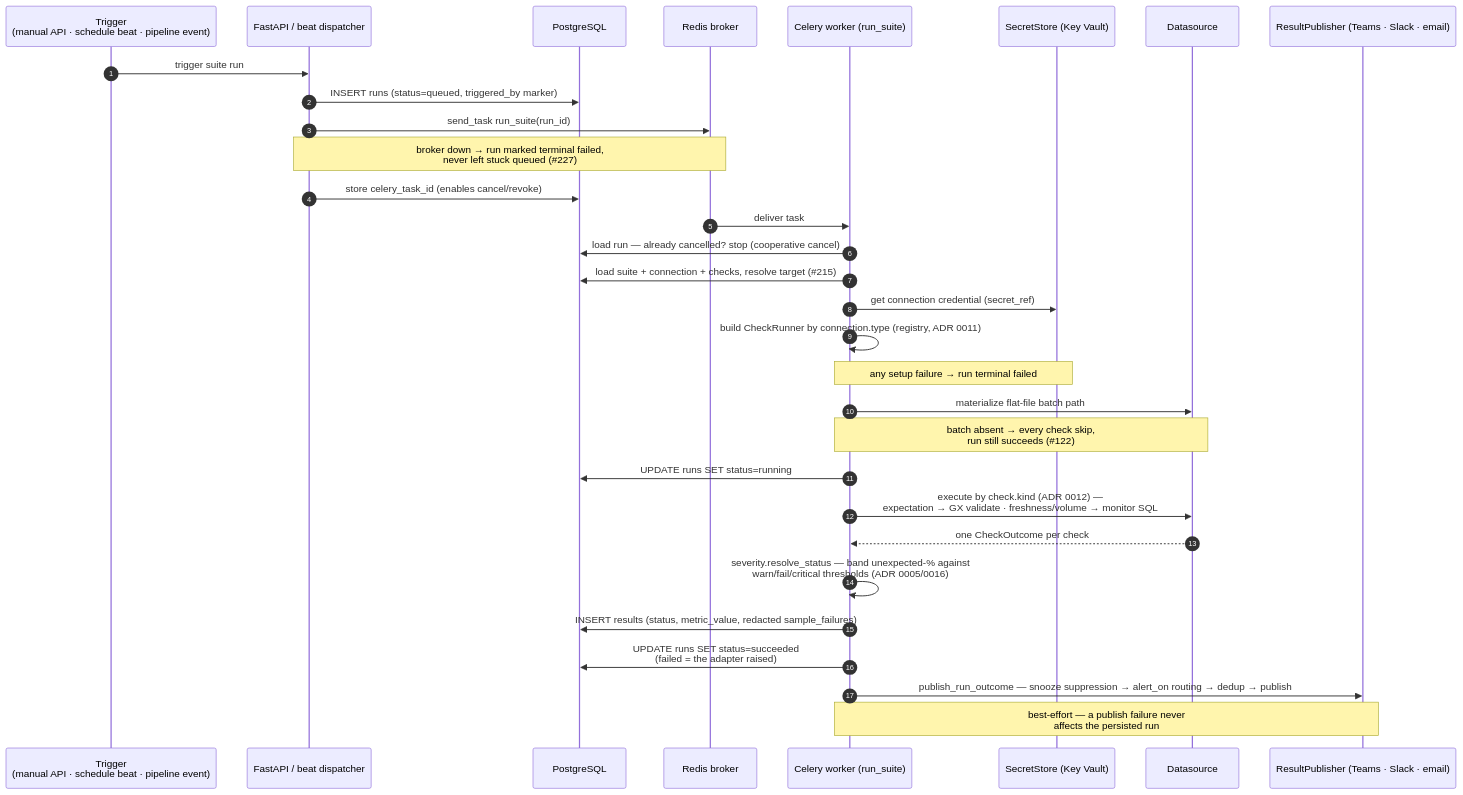
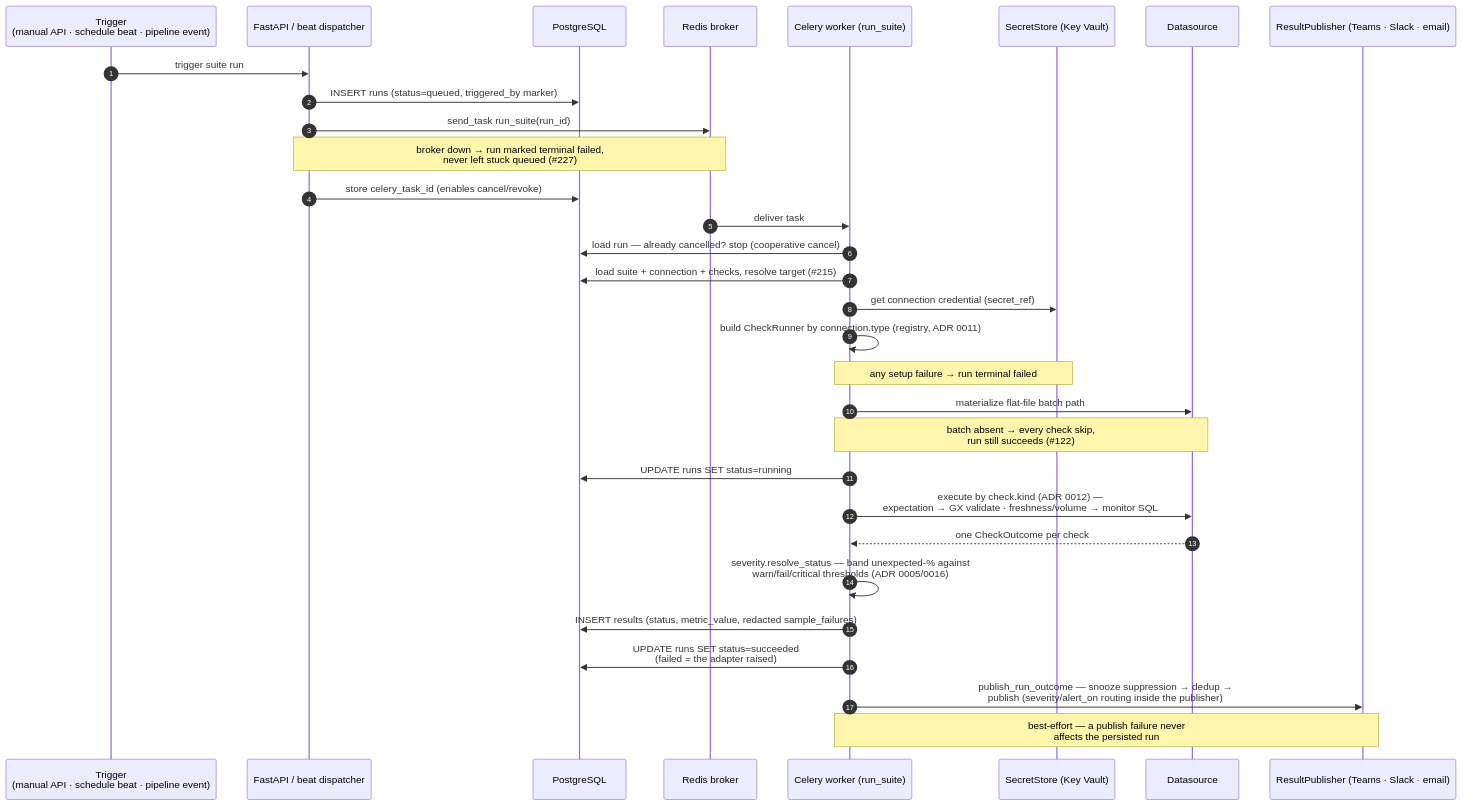
The third of 7 diagrams in docs/architecture.md (TheurgicDuke771/DataQ), drawn with Mermaid before and after one commit. The commit also changed other lines of this file, not shown here.

First line of the commit message:
fixup: address code-review findings on the new diagrams

````diff
--- a/docs/architecture.md
+++ b/docs/architecture.md
@@ -247,35 +249,35 @@
 ```mermaid
 sequenceDiagram
     autonumber
     participant Trig as Trigger<br/>(manual API · schedule beat · pipeline event)
     participant API as FastAPI / beat dispatcher
     participant PG as PostgreSQL
     participant BR as Redis broker
     participant W as Celery worker (run_suite)
     participant KV as SecretStore (Key Vault)
     participant DS as Datasource
     participant Pub as ResultPublisher (Teams · Slack · email)
 
     Trig->>API: trigger suite run
     API->>PG: INSERT runs (status=queued, triggered_by marker)
     API->>BR: send_task run_suite(run_id)
     Note over API,BR: broker down → run marked terminal failed,<br/>never left stuck queued (#35;227)
     API->>PG: store celery_task_id (enables cancel/revoke)
 
     BR->>W: deliver task
     W->>PG: load run — already cancelled? stop (cooperative cancel)
     W->>PG: load suite + connection + checks, resolve target (#35;215)
     W->>KV: get connection credential (secret_ref)
     W->>W: build CheckRunner by connection.type (registry, ADR 0011)
     Note over W,KV: any setup failure → run terminal failed
     W->>DS: materialize flat-file batch path
     Note over W,DS: batch absent → every check skip,<br/>run still succeeds (#35;122)
     W->>PG: UPDATE runs SET status=running
     W->>DS: execute by check.kind (ADR 0012) —<br/>expectation → GX validate · freshness/volume → monitor SQL
     DS-->>W: one CheckOutcome per check
     W->>W: severity.resolve_status — band unexpected-% against<br/>warn/fail/critical thresholds (ADR 0005/0016)
     W->>PG: INSERT results (status, metric_value, redacted sample_failures)
     W->>PG: UPDATE runs SET status=succeeded<br/>(failed = the adapter raised)
-    W->>Pub: publish_run_outcome — snooze suppression → alert_on routing → dedup → publish
+    W->>Pub: publish_run_outcome — snooze suppression → dedup →<br/>publish (severity/alert_on routing inside the publisher)
     Note over W,Pub: best-effort — a publish failure never<br/>affects the persisted run
 ```
````
